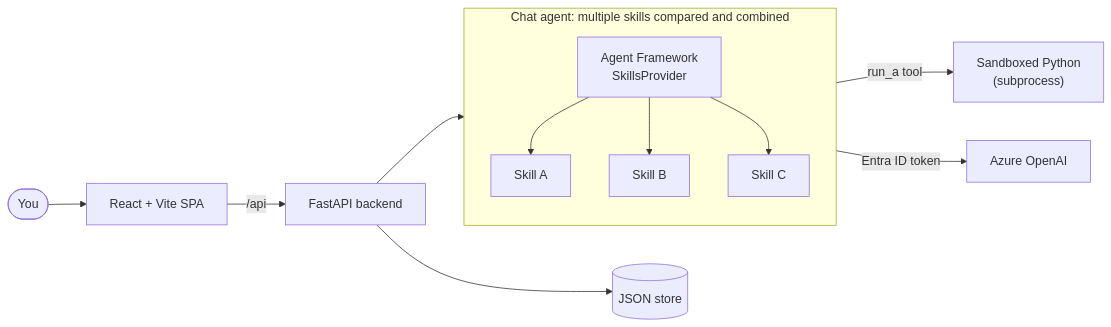
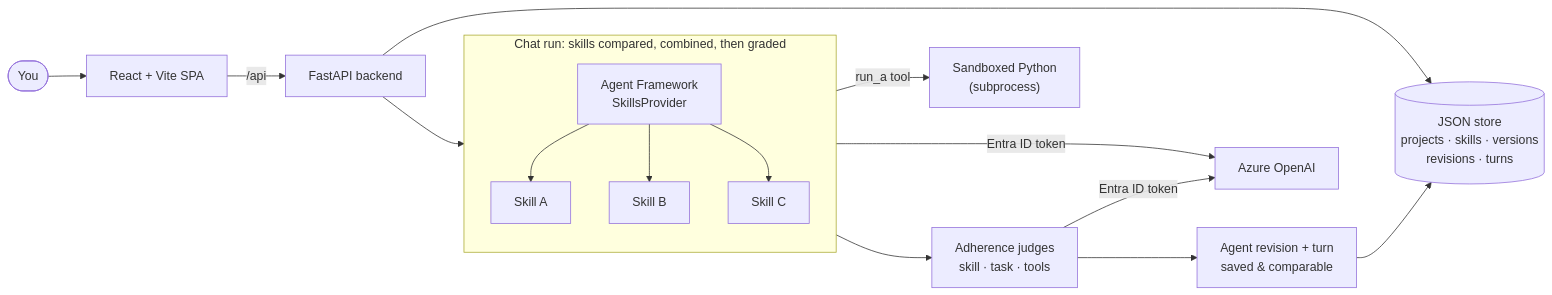
One commit to obrocki/agent-skills-dev-studio changed the second of 2 diagrams in README.md. Above: the diagram before and after it, drawn with Mermaid. The commit also changed other lines of this file, not shown here.

````diff
--- a/README.md
+++ b/README.md
@@ -34,21 +74,25 @@
 ```mermaid
 flowchart LR
     You([You]) --> SPA["React + Vite SPA"]
     SPA -->|/api| API["FastAPI backend"]
-    API --> Store[("JSON store")]
+    API --> Store[("JSON store<br/>projects · skills · versions<br/>revisions · turns")]
 
-    subgraph Chat["Chat agent: multiple skills compared and combined"]
+    subgraph Chat["Chat run: skills compared, combined, then graded"]
         direction TB
         AF["Agent Framework<br/>SkillsProvider"]
         S1["Skill A"]
         S2["Skill B"]
         S3["Skill C"]
         AF --> S1
         AF --> S2
         AF --> S3
     end
 
     API --> Chat
     Chat -->|Entra ID token| AOAI["Azure OpenAI"]
     S1 -->|run_a tool| Exec["Sandboxed Python<br/>(subprocess)"]
+    Chat --> Eval["Adherence judges<br/>skill · task · tools"]
+    Eval -->|Entra ID token| AOAI
+    Eval --> Rev["Agent revision + turn<br/>saved &amp; comparable"]
+    Rev --> Store
 ```
````
